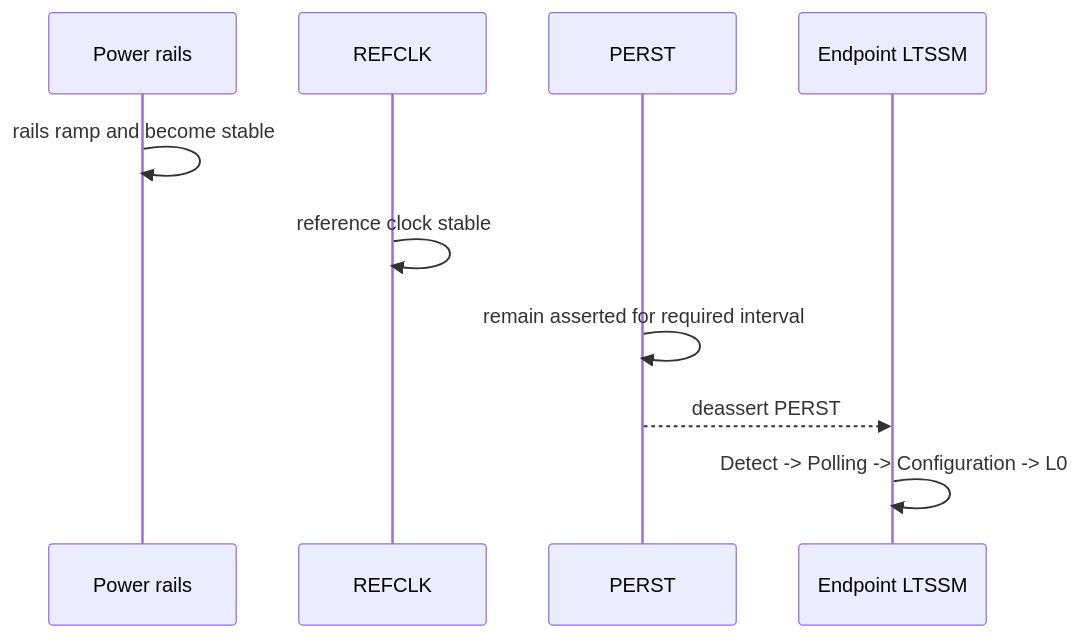
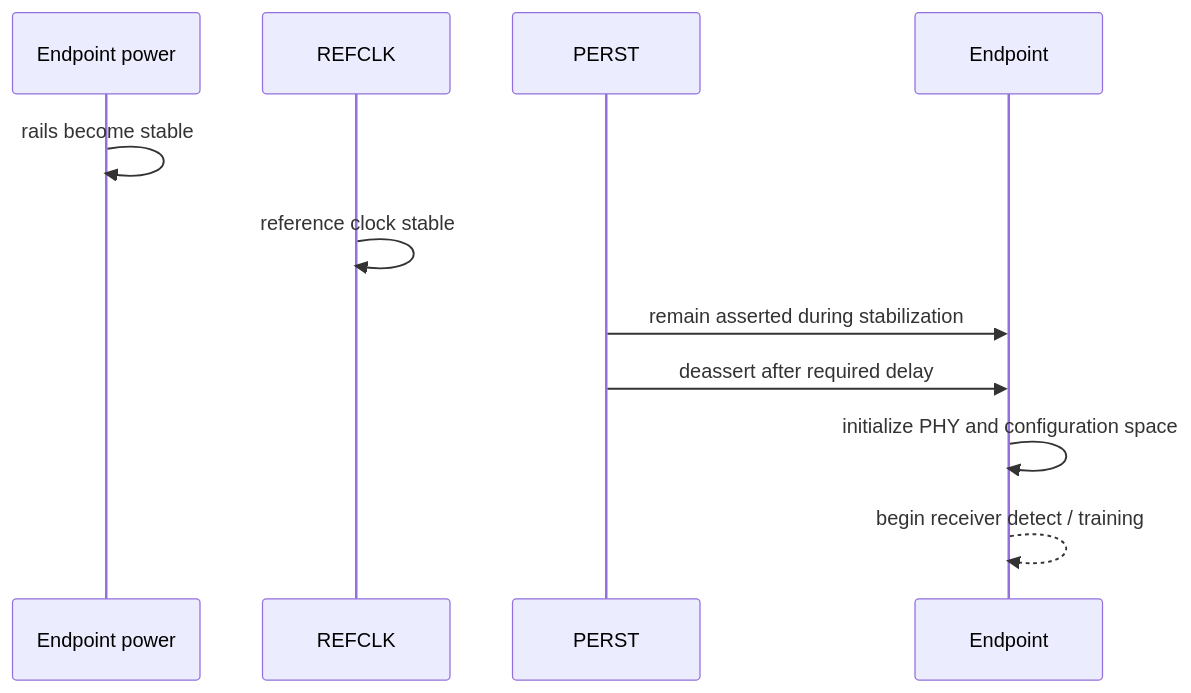
One commit to cdragon-ljl/EEandEdgeAI changed the third of 5 diagrams in docs/articles/pcie/pci-15-rc-ep-hardware-link-bring-up.md. Above: the diagram before and after it, drawn with Mermaid. The commit also changed other lines of this file and 4 other files, not shown here.

````diff
--- a/docs/articles/pcie/pci-15-rc-ep-hardware-link-bring-up.md
+++ b/docs/articles/pcie/pci-15-rc-ep-hardware-link-bring-up.md
@@ -316,12 +72,13 @@
 ```mermaid
 sequenceDiagram
-    participant P as Power rails
-    participant C as REFCLK
-    participant R as PERST#
-    participant L as Endpoint LTSSM
-    P->>P: rails ramp and become stable
-    C->>C: reference clock stable
-    R->>R: remain asserted for required interval
-    R-->>L: deassert PERST#
-    L->>L: Detect -> Polling -> Configuration -> L0
+    participant PWR as Endpoint power
+    participant CLK as REFCLK
+    participant RST as PERST#
+    participant EP as Endpoint
+    PWR->>PWR: rails become stable
+    CLK->>CLK: reference clock stable
+    RST->>EP: remain asserted during stabilization
+    RST->>EP: deassert after required delay
+    EP->>EP: initialize PHY and configuration space
+    EP-->>EP: begin receiver detect / training
 ```
````
